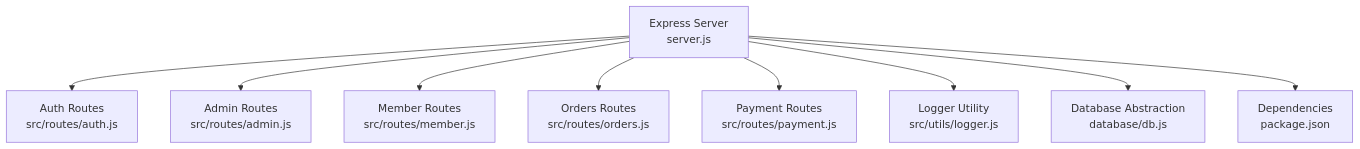
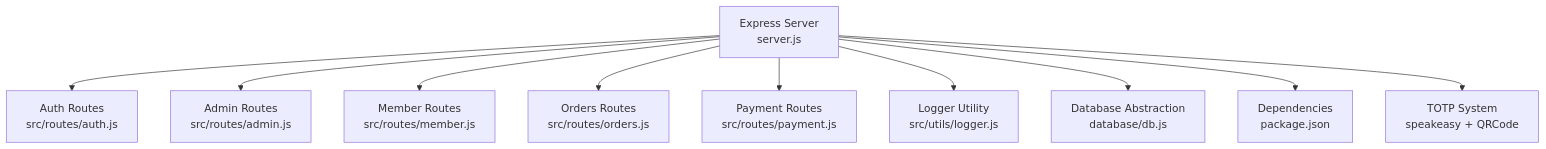
The first of 10 diagrams in .qoder/repowiki/en/content/Security Implementation.md (SirD33k/activezone), drawn with Mermaid before and after one commit. The commit also changed other lines of this file and 2 other files, not shown here.

````diff
--- a/.qoder/repowiki/en/content/Security Implementation.md
+++ b/.qoder/repowiki/en/content/Security Implementation.md
@@ -42,11 +45,12 @@
 ```mermaid
 graph TB
 Server["Express Server<br/>server.js"] --> RoutesAuth["Auth Routes<br/>src/routes/auth.js"]
 Server --> RoutesAdmin["Admin Routes<br/>src/routes/admin.js"]
 Server --> RoutesMember["Member Routes<br/>src/routes/member.js"]
 Server --> RoutesOrders["Orders Routes<br/>src/routes/orders.js"]
 Server --> RoutesPayment["Payment Routes<br/>src/routes/payment.js"]
 Server --> Logger["Logger Utility<br/>src/utils/logger.js"]
 Server --> DB["Database Abstraction<br/>database/db.js"]
 Server --> Package["Dependencies<br/>package.json"]
+Server --> TOTP["TOTP System<br/>speakeasy + QRCode"]
 ```
````
